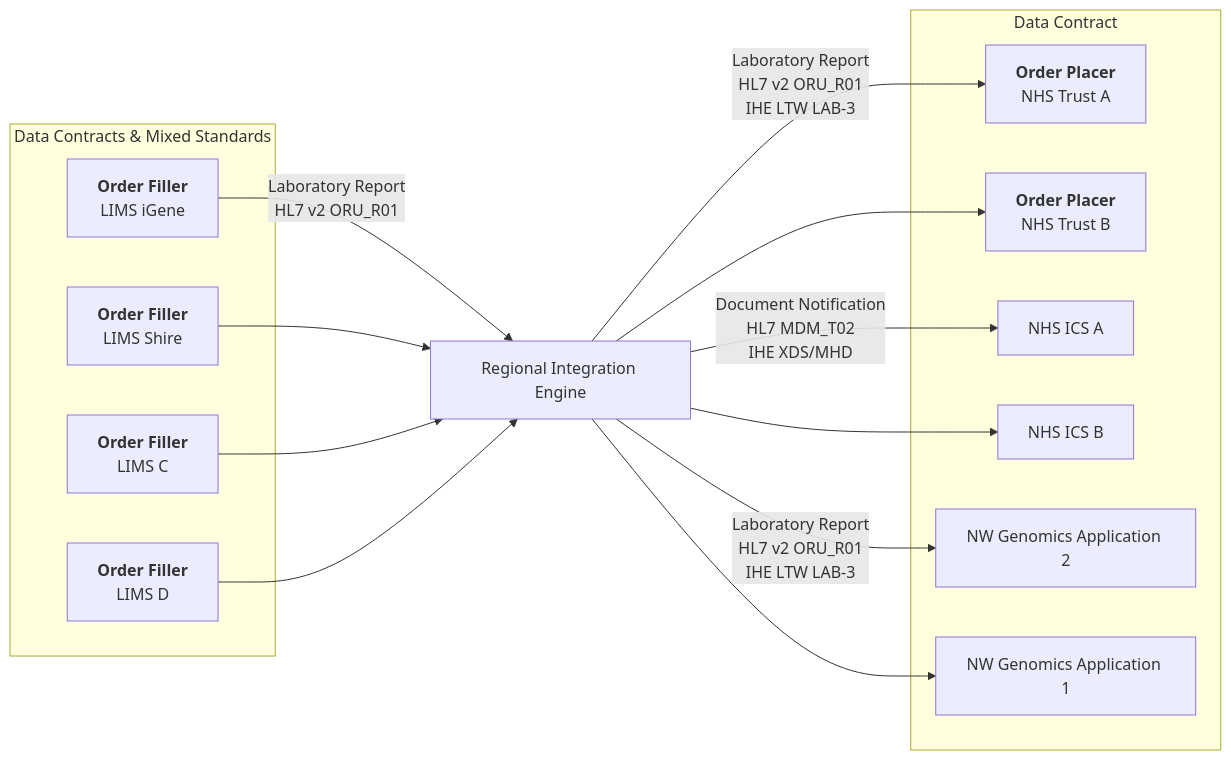
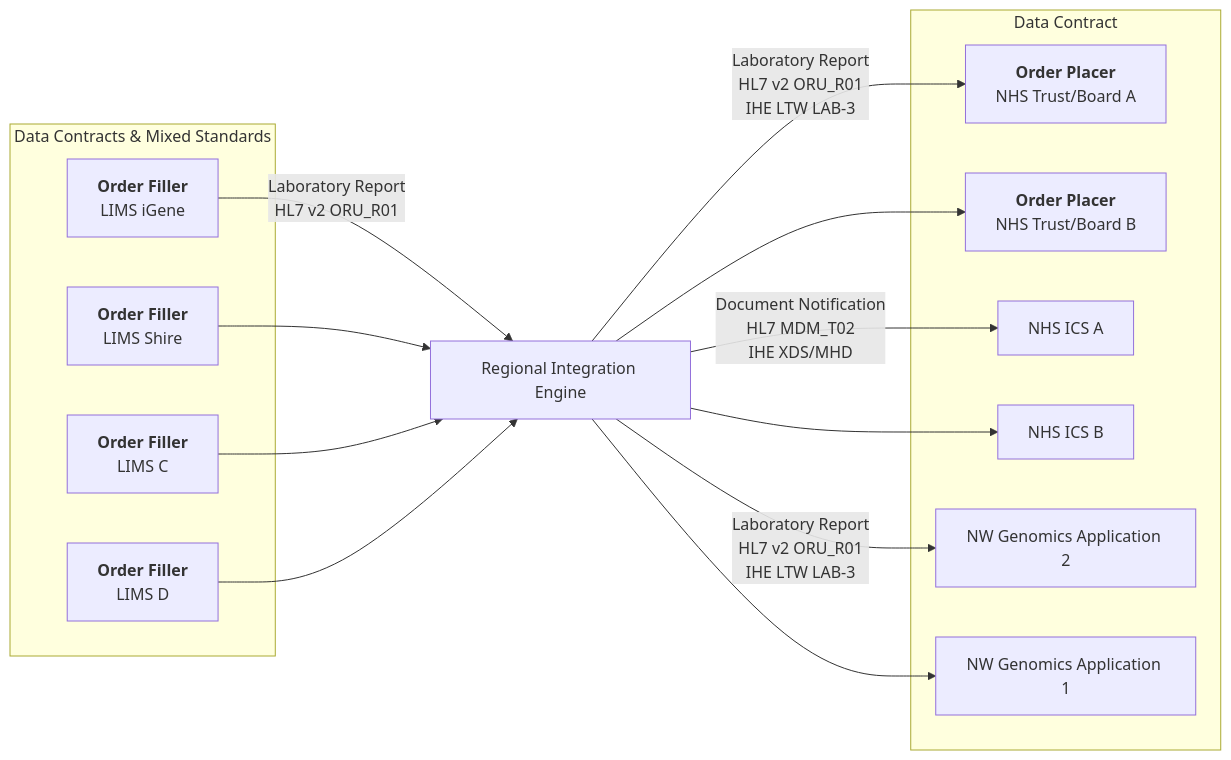
The fourth of 4 diagrams in input/pagecontent/index.md (uk-gov-mirror/nw-gmsa.nw-gmsa.github.com), drawn with Mermaid before and after one commit.

Commit message:
Added lab order diagram

````diff
--- a/input/pagecontent/index.md
+++ b/input/pagecontent/index.md
@@ -68,28 +68,28 @@
 ```mermaid
 graph LR
     subgraph Multiple[Data Contracts & Mixed Standards]
         LIMSA[<b>Order Filler</b><br>LIMS iGene]
         LIMSB[<b>Order Filler</b><br>LIMS Shire]
         LIMSC[<b>Order Filler</b><br>LIMS C]
         LIMSD[<b>Order Filler</b><br>LIMS D]
     end
     LIMSA --> |Laboratory Report<br/>HL7 v2 ORU_R01| RIE
     LIMSB --> RIE
     LIMSC --> RIE
     LIMSD --> RIE
     RIE[Regional Integration Engine] --> |Laboratory Report<br/>HL7 v2 ORU_R01<br/>IHE LTW LAB-3| NHSA
     RIE --> NHSB
     RIE --> |Document Notification<br/>HL7 MDM_T02<br/>IHE XDS/MHD| ICSA
     RIE --> ICSB
     RIE --> |Laboratory Report<br/>HL7 v2 ORU_R01<br/>IHE LTW LAB-3| APPB
     RIE --> APPA
 
     subgraph DataContracts[Data Contract]
-        NHSA[<b>Order Placer</b><br/>NHS Trust A]
-        NHSB[<b>Order Placer</b><br/>NHS Trust B] 
+        NHSA[<b>Order Placer</b><br/>NHS Trust/Board A]
+        NHSB[<b>Order Placer</b><br/>NHS Trust/Board B] 
         ICSA[NHS ICS A]
         ICSB[NHS ICS B]
         APPA[NW Genomics Application 1]
         APPB[NW Genomics Application 2]
     end 
 ```
````
